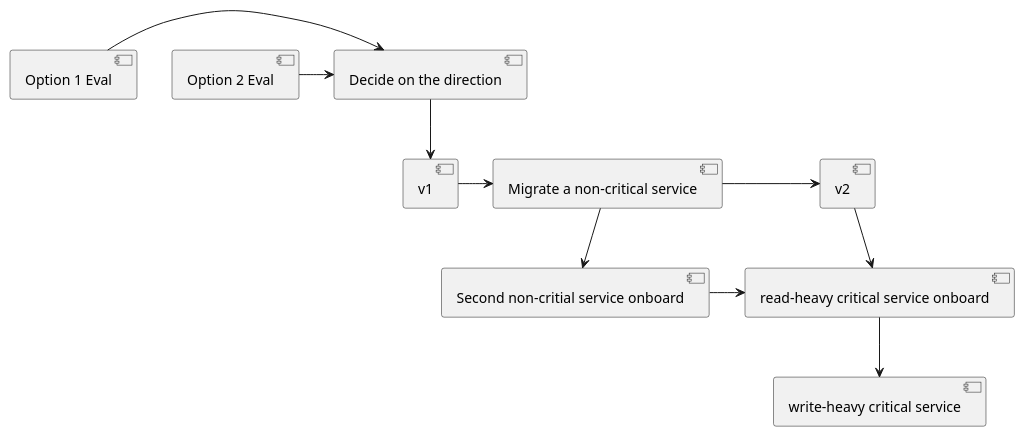
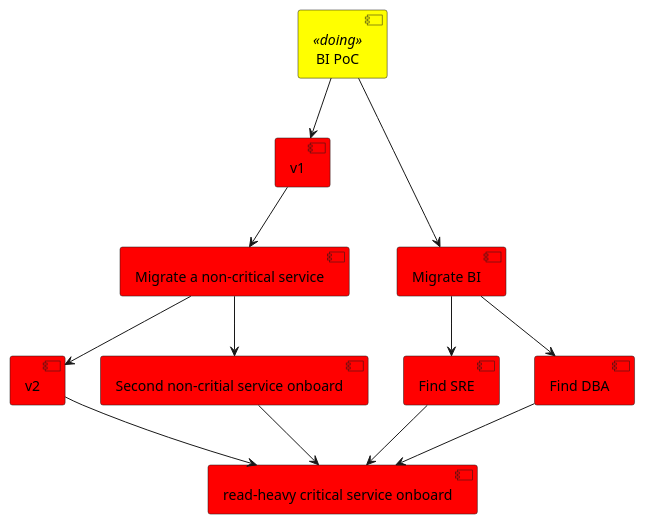
The first of 2 diagrams in pm/plan.plantuml (george24601/notes), drawn with PlantUML before and after one commit. The commit also changed other lines of this file and 4 other files, not shown here.

```diff
--- a/pm/plan.plantuml
+++ b/pm/plan.plantuml
@@ -1,11 +1,20 @@
 @startuml
-[Option 1 Eval] -> [Decide on the direction]
-[Option 2 Eval] -> [Decide on the direction] 
-[Decide on the direction] --> [v1]
-[v1] -> [Migrate a non-critical service]
-[Migrate a non-critical service] -> [v2]
+skinparam component {
+	backgroundColor<<done>> Green
+	backgroundColor<<doing>> Yellow
+	backgroundColor Red
+}
+
+[BI PoC]<<doing>> 
+[BI PoC] --> [v1]
+[BI PoC] --> [Migrate BI] 
+[v1] --> [Migrate a non-critical service]
+[Migrate a non-critical service] --> [v2]
 [Migrate a non-critical service] --> [Second non-critial service onboard]
 [v2] --> [read-heavy critical service onboard]
-[Second non-critial service onboard] -> [read-heavy critical service onboard]
-[read-heavy critical service onboard] --> [write-heavy critical service]
+[Second non-critial service onboard] --> [read-heavy critical service onboard]
+[Migrate BI] --> [Find SRE]
+[Migrate BI] --> [Find DBA]
+[Find SRE] --> [read-heavy critical service onboard]
+[Find DBA] --> [read-heavy critical service onboard]
 @enduml
```
